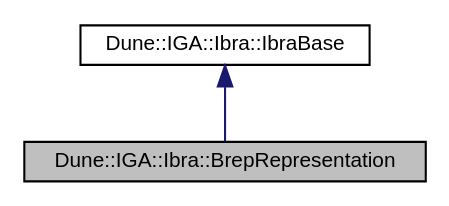
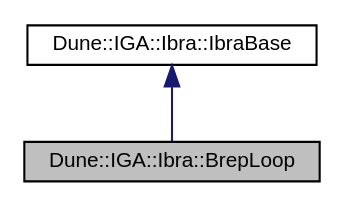
The diagram in da/dab/a01362.dot (rath3t/dune-iga-doc), drawn with Graphviz before and after one commit. The commit also changed 1308 other files, not shown here.

Commit message:
deploy: rath3t/dune-iga@4a01aa909ac3c0ac3d88f8d7246bd33e6393a66c

```diff
--- a/da/dab/a01362.dot
+++ b/da/dab/a01362.dot
@@ -1,9 +1,9 @@
-digraph "Dune::IGA::Ibra::BrepRepresentation"
+digraph "Dune::IGA::Ibra::BrepLoop"
 {
  // LATEX_PDF_SIZE
   edge [fontname="Helvetica",fontsize="10",labelfontname="Helvetica",labelfontsize="10"];
   node [fontname="Helvetica",fontsize="10",shape=record];
-  Node1 [label="Dune::IGA::Ibra::BrepRepresentation",height=0.2,width=0.4,color="black", fillcolor="grey75", style="filled", fontcolor="black",tooltip=" "];
+  Node1 [label="Dune::IGA::Ibra::BrepLoop",height=0.2,width=0.4,color="black", fillcolor="grey75", style="filled", fontcolor="black",tooltip=" "];
   Node2 -> Node1 [dir="back",color="midnightblue",fontsize="10",style="solid",fontname="Helvetica"];
-  Node2 [label="Dune::IGA::Ibra::IbraBase",height=0.2,width=0.4,color="black", fillcolor="white", style="filled",URL="$dd/d6e/a01339.html",tooltip=" "];
+  Node2 [label="Dune::IGA::Ibra::IbraBase",height=0.2,width=0.4,color="black", fillcolor="white", style="filled",URL="$d3/da4/a01343.html",tooltip=" "];
 }
```
